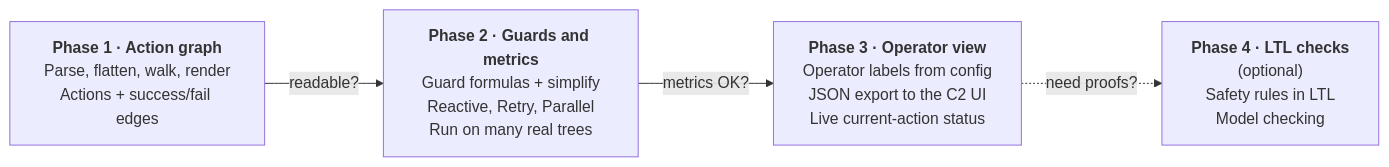
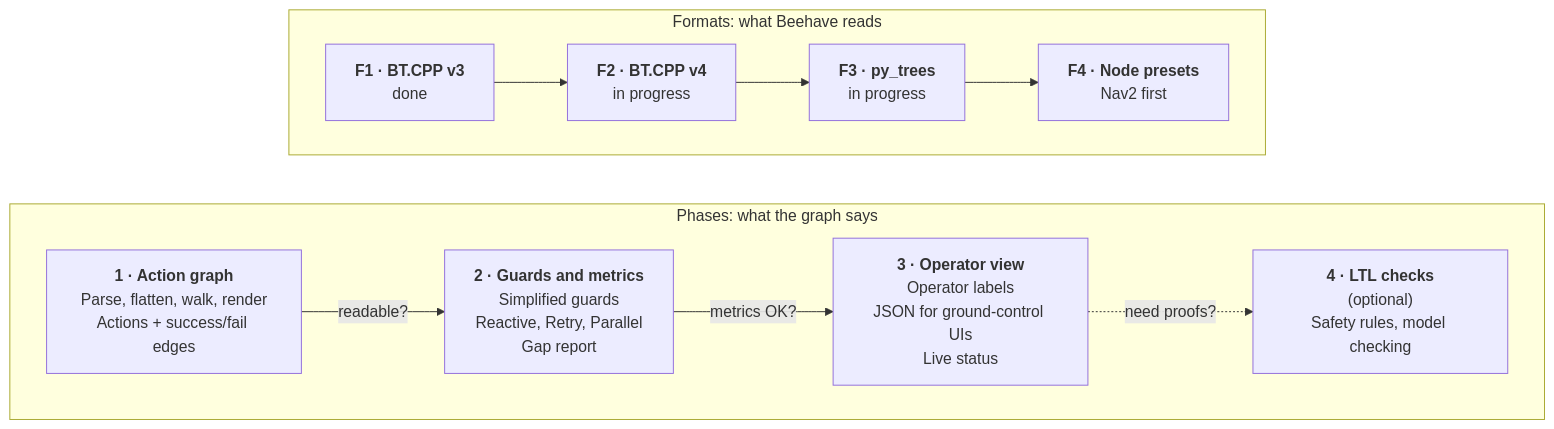
One commit to guilyx/beehave changed the diagram in docs/design/roadmap.md. Above: the diagram before and after it, drawn with Mermaid. The commit also changed other lines of this file and 4 other files, not shown here.

First line of the commit message:
docs: add a formats track to the roadmap

````diff
--- a/docs/design/roadmap.md
+++ b/docs/design/roadmap.md
@@ -6,10 +11,21 @@
 ```mermaid
 flowchart LR
-    p1["<b>Phase 1 · Action graph</b><br/>Parse, flatten, walk, render<br/>Actions + success/fail edges"]
-    p2["<b>Phase 2 · Guards and metrics</b><br/>Guard formulas + simplify<br/>Reactive, Retry, Parallel<br/>Run on many real trees"]
-    p3["<b>Phase 3 · Operator view</b><br/>Operator labels from config<br/>JSON export to the C2 UI<br/>Live current-action status"]
-    p4["<b>Phase 4 · LTL checks</b><br/>(optional)<br/>Safety rules in LTL<br/>Model checking"]
-    p1 -- "readable?" --> p2
-    p2 -- "metrics OK?" --> p3
-    p3 -. "need proofs?" .-> p4
+    subgraph phases["Phases: what the graph says"]
+        direction LR
+        p1["<b>1 · Action graph</b><br/>Parse, flatten, walk, render<br/>Actions + success/fail edges"]
+        p2["<b>2 · Guards and metrics</b><br/>Simplified guards<br/>Reactive, Retry, Parallel<br/>Gap report"]
+        p3["<b>3 · Operator view</b><br/>Operator labels<br/>JSON for ground-control UIs<br/>Live status"]
+        p4["<b>4 · LTL checks</b><br/>(optional)<br/>Safety rules, model checking"]
+        p1 -- "readable?" --> p2
+        p2 -- "metrics OK?" --> p3
+        p3 -. "need proofs?" .-> p4
+    end
+    subgraph formats["Formats: what Beehave reads"]
+        direction LR
+        f1["<b>F1 · BT.CPP v3</b><br/>done"]
+        f2["<b>F2 · BT.CPP v4</b><br/>in progress"]
+        f3["<b>F3 · py_trees</b><br/>in progress"]
+        f4["<b>F4 · Node presets</b><br/>Nav2 first"]
+        f1 --> f2 --> f3 --> f4
+    end
 ```
````
